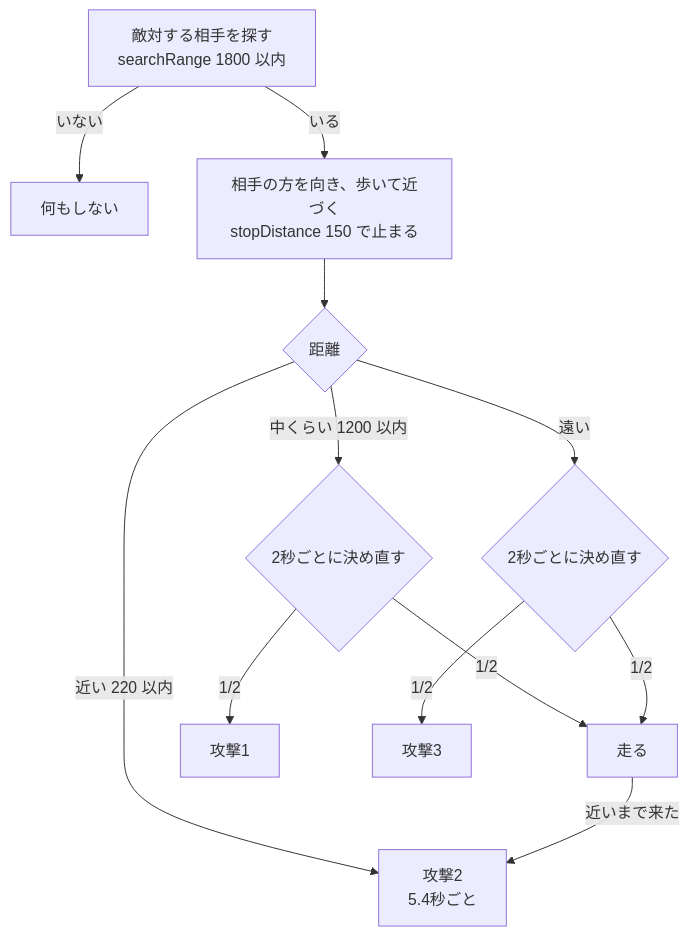
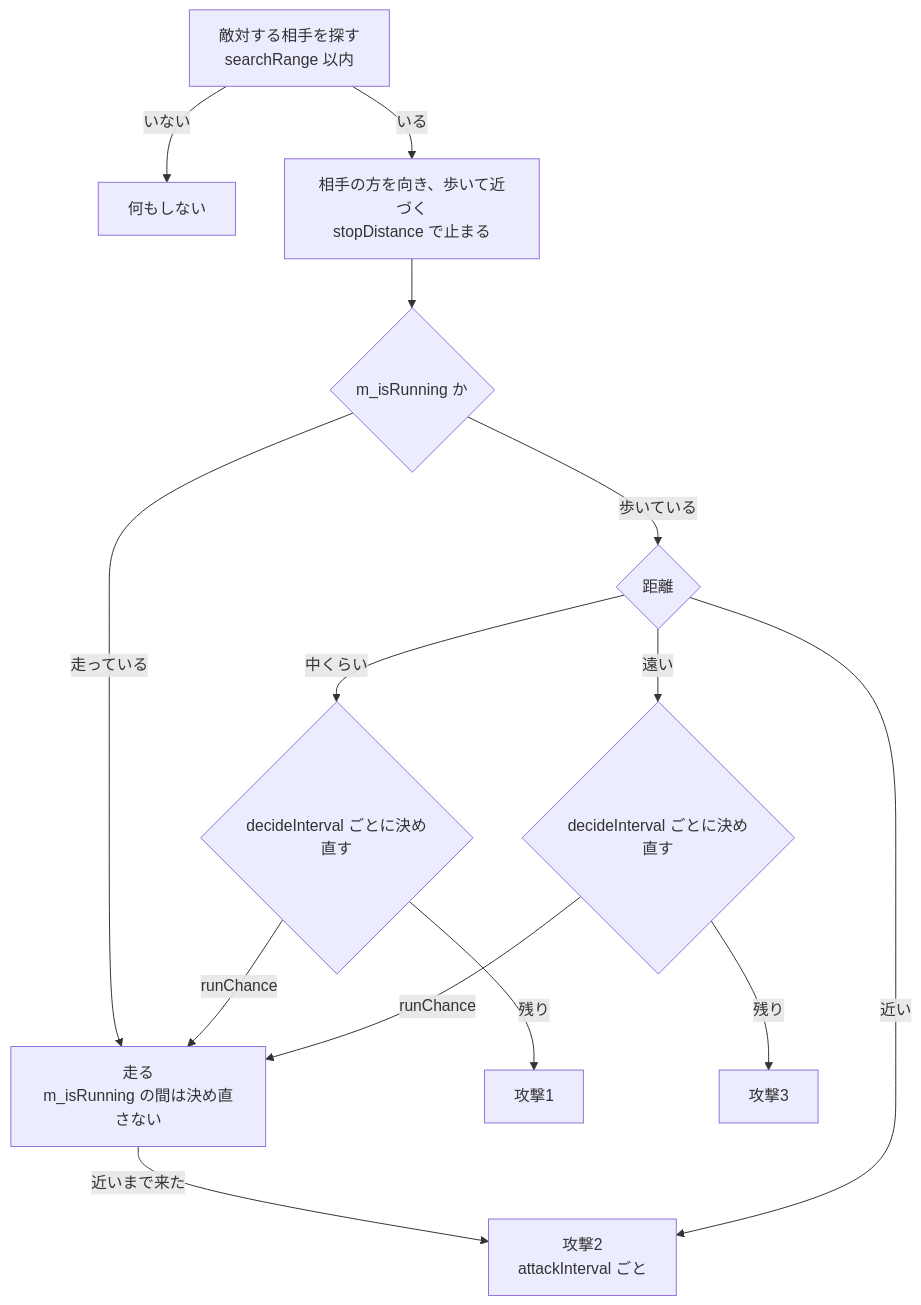
The diagram in Action/docs/ゲーム/敵/黒騎士のAI/黒騎士のAIの設計.md (hirota-ryuki/Action), drawn with Mermaid before and after one commit. The commit also changed other lines of this file and 60 other files, not shown here.

````diff
--- a/Action/docs/ゲーム/敵/黒騎士のAI/黒騎士のAIの設計.md
+++ b/Action/docs/ゲーム/敵/黒騎士のAI/黒騎士のAIの設計.md
@@ -23,14 +39,16 @@
 ```mermaid
 flowchart TD
-    S[敵対する相手を探す<br/>searchRange 1800 以内] -->|いない| N[何もしない]
-    S -->|いる| L[相手の方を向き、歩いて近づく<br/>stopDistance 150 で止まる]
-    L --> R{距離}
-    R -->|近い 220 以内| A2[攻撃2<br/>5.4秒ごと]
-    R -->|中くらい 1200 以内| D1{2秒ごとに決め直す}
-    R -->|遠い| D2{2秒ごとに決め直す}
-    D1 -->|1/2| RUN[走る]
-    D1 -->|1/2| A1[攻撃1]
-    D2 -->|1/2| RUN
-    D2 -->|1/2| A3[攻撃3]
+    S[敵対する相手を探す<br/>searchRange 以内] -->|いない| N[何もしない]
+    S -->|いる| L[相手の方を向き、歩いて近づく<br/>stopDistance で止まる]
+    L --> RUNNING{m_isRunning か}
+    RUNNING -->|走っている| RUN[走る<br/>m_isRunning の間は決め直さない]
     RUN -->|近いまで来た| A2
+    RUNNING -->|歩いている| R{距離}
+    R -->|近い| A2[攻撃2<br/>attackInterval ごと]
+    R -->|中くらい| D1{decideInterval ごとに決め直す}
+    R -->|遠い| D2{decideInterval ごとに決め直す}
+    D1 -->|runChance| RUN
+    D1 -->|残り| A1[攻撃1]
+    D2 -->|runChance| RUN
+    D2 -->|残り| A3[攻撃3]
 ```
````
